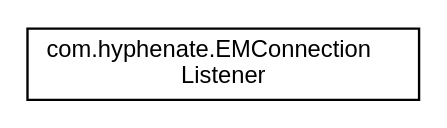
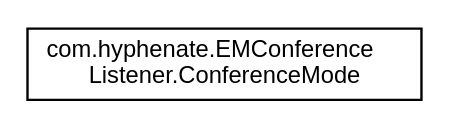
One commit to easemob/www.easemob.com changed the diagram in static/apidoc/android/chat3.0/inherit_graph_67.dot. Above: the diagram before and after it, drawn with Graphviz. The commit also changed 284 other files, not shown here.

```diff
--- a/static/apidoc/android/chat3.0/inherit_graph_67.dot
+++ b/static/apidoc/android/chat3.0/inherit_graph_67.dot
@@ -1,7 +1,7 @@
 digraph "类继承关系图"
 {
   edge [fontname="Helvetica",fontsize="10",labelfontname="Helvetica",labelfontsize="10"];
   node [fontname="Helvetica",fontsize="10",shape=record];
   rankdir="LR";
-  Node1 [label="com.hyphenate.EMConnection\lListener",height=0.2,width=0.4,color="black", fillcolor="white", style="filled",URL="$interfacecom_1_1hyphenate_1_1EMConnectionListener.html"];
+  Node1 [label="com.hyphenate.EMConference\lListener.ConferenceMode",height=0.2,width=0.4,color="black", fillcolor="white", style="filled",URL="$enumcom_1_1hyphenate_1_1EMConferenceListener_1_1ConferenceMode.html"];
 }
```
